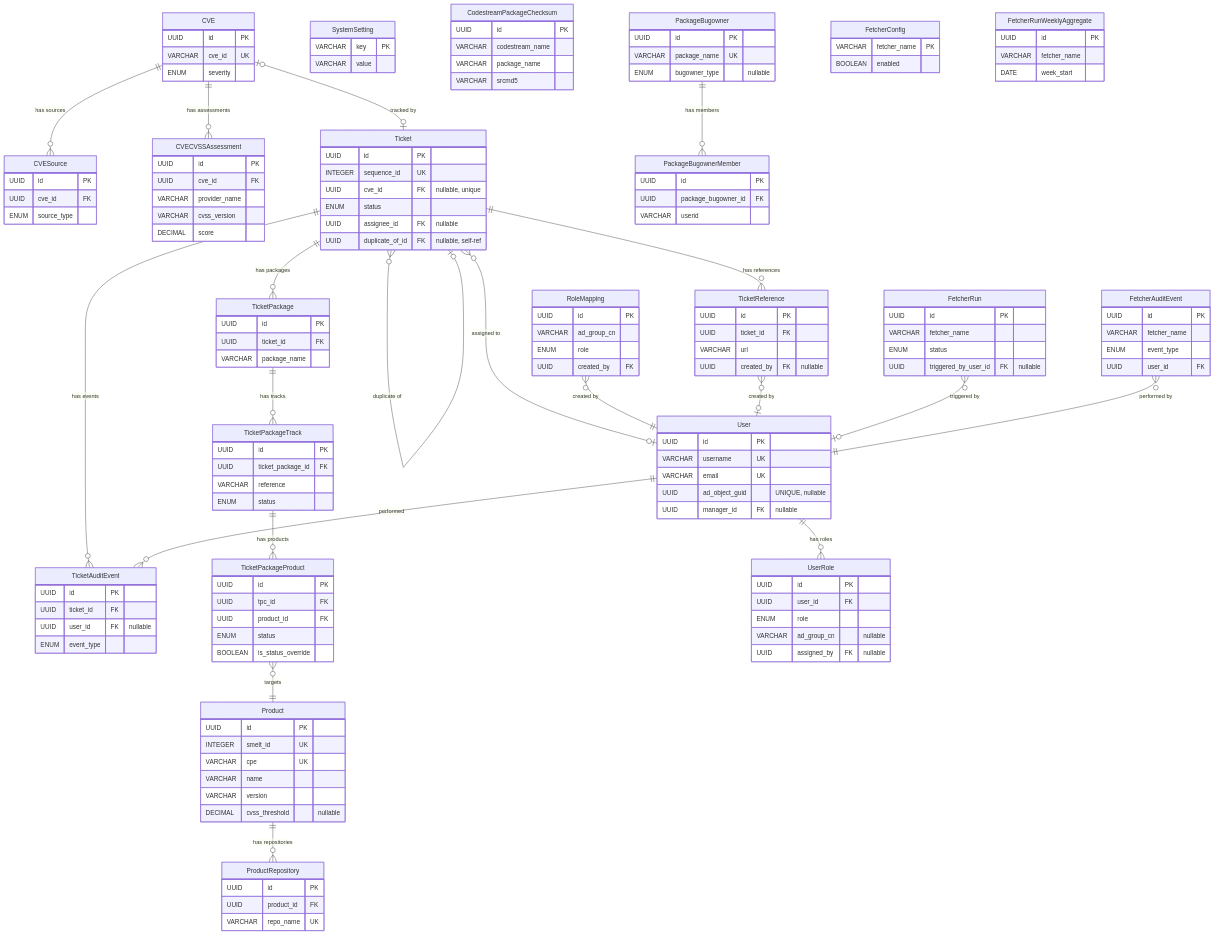
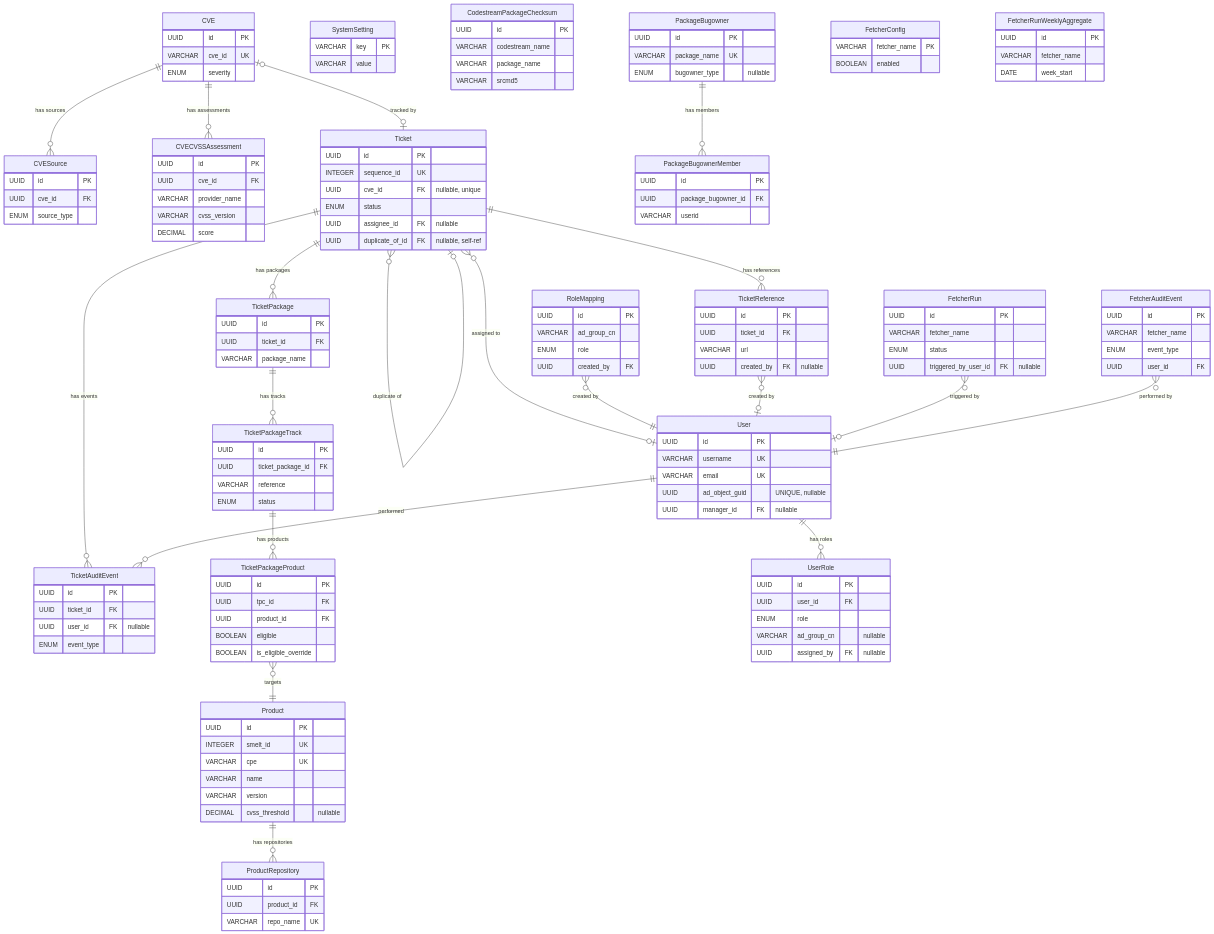
One commit to StayPirate/STAMP changed the second of 6 diagrams in docs/system-map.md. Above: the diagram before and after it, drawn with Mermaid. The commit also changed other lines of this file and 13 other files, not shown here.

```diff
--- a/docs/system-map.md
+++ b/docs/system-map.md
@@ -155,8 +155,8 @@
         UUID id PK
         UUID tpc_id FK
         UUID product_id FK
-        ENUM status
-        BOOLEAN is_status_override
+        BOOLEAN eligible
+        BOOLEAN is_eligible_override
     }
 
     Product {
```
